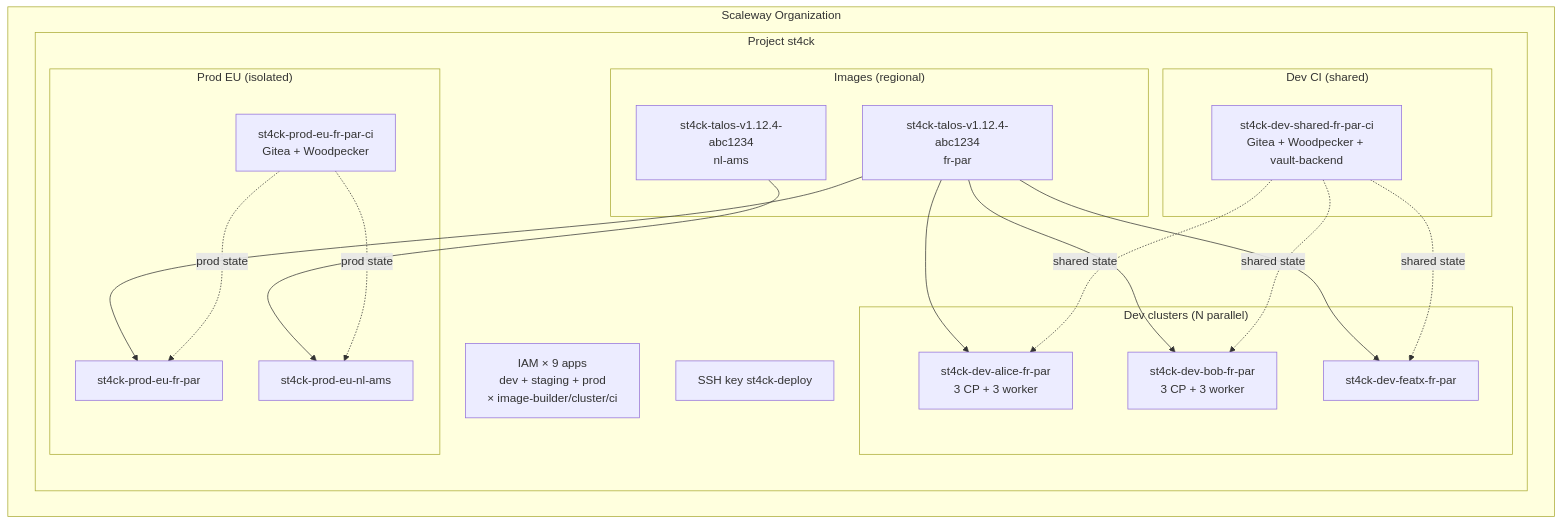
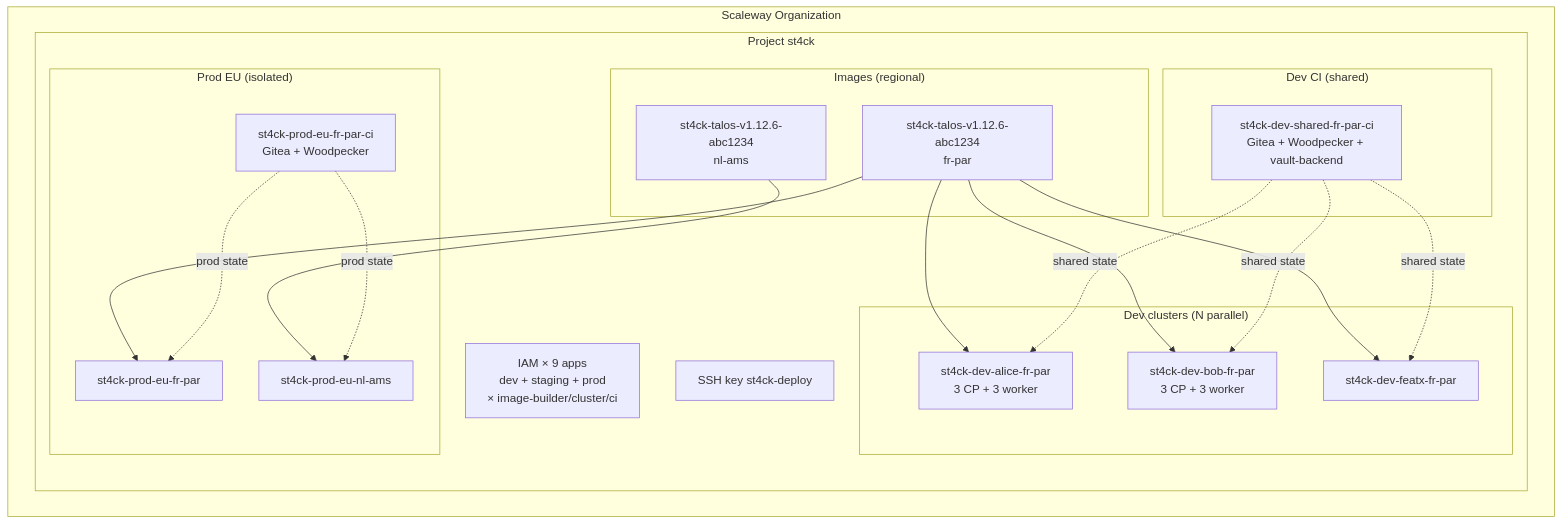
One commit to Destynova2/st4ck changed the diagram in docs/MULTI-ENV.md. Above: the diagram before and after it, drawn with Mermaid. The commit also changed other lines of this file and 9 other files, not shown here.

````diff
--- a/docs/MULTI-ENV.md
+++ b/docs/MULTI-ENV.md
@@ -130,36 +130,36 @@
 ```mermaid
 graph TD
     subgraph Organization["Scaleway Organization"]
         subgraph Project["Project st4ck"]
             IAM["IAM × 9 apps<br/>dev + staging + prod<br/>× image-builder/cluster/ci"]
             SSH["SSH key st4ck-deploy"]
 
             subgraph ImagesRegion["Images (regional)"]
-                IMGFR["st4ck-talos-v1.12.4-abc1234<br/>fr-par"]
-                IMGNL["st4ck-talos-v1.12.4-abc1234<br/>nl-ams"]
+                IMGFR["st4ck-talos-v1.12.6-abc1234<br/>fr-par"]
+                IMGNL["st4ck-talos-v1.12.6-abc1234<br/>nl-ams"]
             end
 
             subgraph DevCI["Dev CI (shared)"]
                 DEVCI["st4ck-dev-shared-fr-par-ci<br/>Gitea + Woodpecker + vault-backend"]
             end
 
             subgraph DevClusters["Dev clusters (N parallel)"]
                 ALICE["st4ck-dev-alice-fr-par<br/>3 CP + 3 worker"]
                 BOB["st4ck-dev-bob-fr-par<br/>3 CP + 3 worker"]
                 FEATX["st4ck-dev-featx-fr-par"]
             end
 
             subgraph ProdEU["Prod EU (isolated)"]
                 PRODCI["st4ck-prod-eu-fr-par-ci<br/>Gitea + Woodpecker"]
                 PRODFR["st4ck-prod-eu-fr-par"]
                 PRODNL["st4ck-prod-eu-nl-ams"]
             end
         end
     end
 
     IMGFR --> ALICE & BOB & FEATX & PRODFR
     IMGNL --> PRODNL
 
     DEVCI -.shared state.-> ALICE & BOB & FEATX
     PRODCI -.prod state.-> PRODFR & PRODNL
 ```
````
